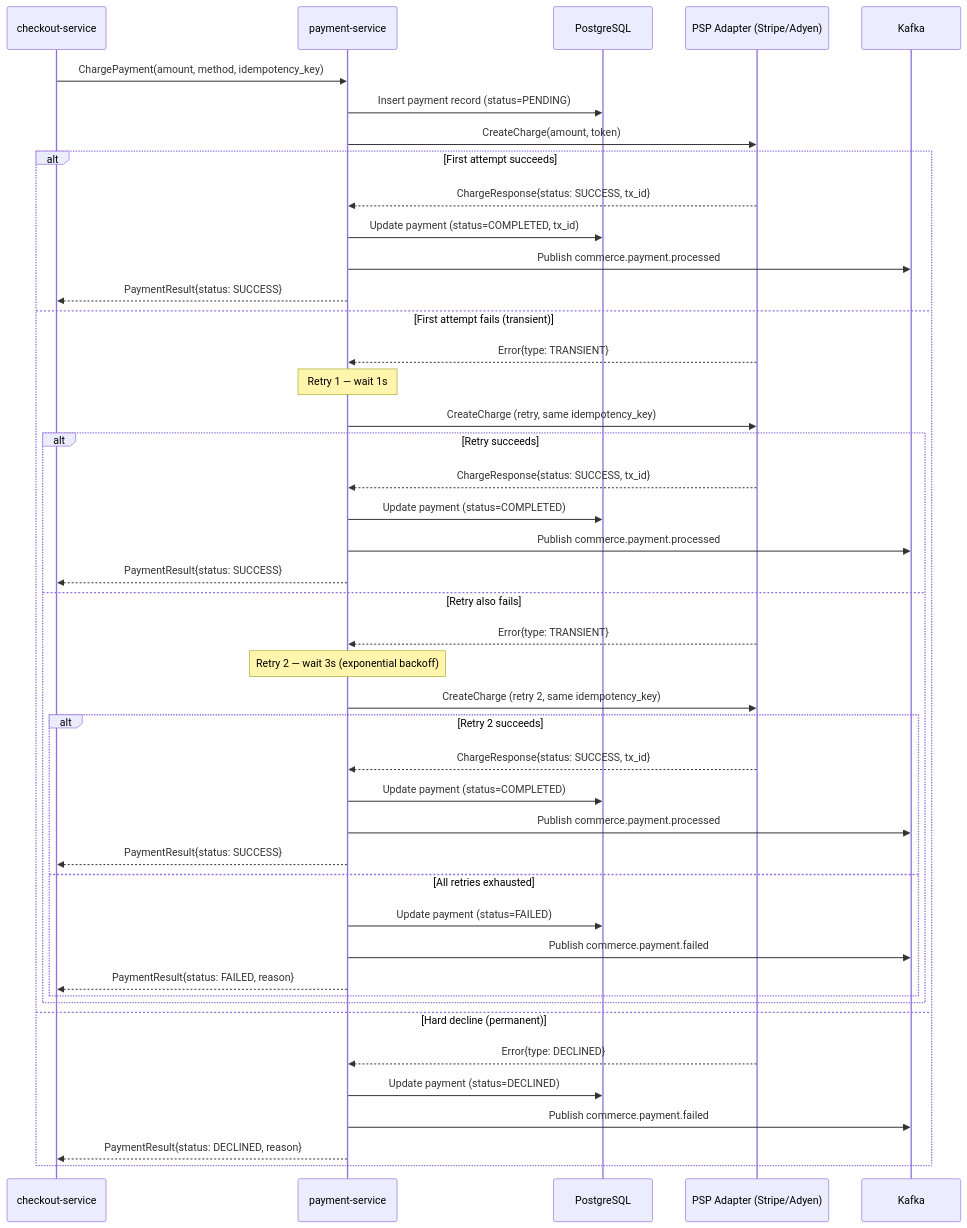
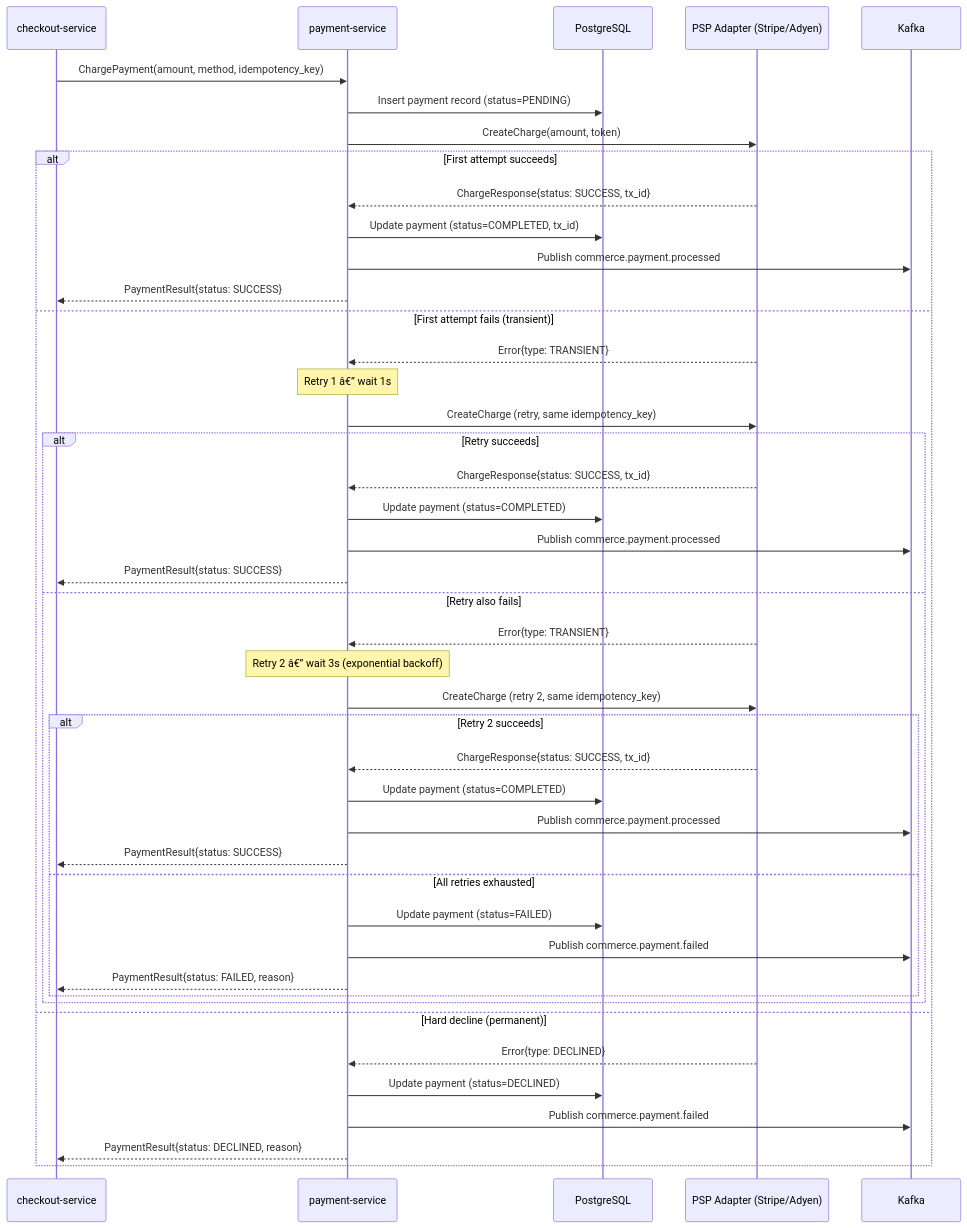
Before and after one commit to prabhat-roy/ShopOS: the diagram in src/commerce/payment-service/README.md, drawn with Mermaid. The commit also changed other lines of this file and 403 other files, not shown here.

````diff
--- a/src/commerce/payment-service/README.md
+++ b/src/commerce/payment-service/README.md
@@ -11,55 +11,55 @@
 ```mermaid
 sequenceDiagram
     participant CHK as checkout-service
     participant PAY as payment-service
     participant DB as PostgreSQL
     participant PSP as PSP Adapter (Stripe/Adyen)
     participant KAFKA as Kafka
 
     CHK->>PAY: ChargePayment(amount, method, idempotency_key)
     PAY->>DB: Insert payment record (status=PENDING)
 
     PAY->>PSP: CreateCharge(amount, token)
 
     alt First attempt succeeds
         PSP-->>PAY: ChargeResponse{status: SUCCESS, tx_id}
         PAY->>DB: Update payment (status=COMPLETED, tx_id)
         PAY->>KAFKA: Publish commerce.payment.processed
         PAY-->>CHK: PaymentResult{status: SUCCESS}
 
     else First attempt fails (transient)
         PSP-->>PAY: Error{type: TRANSIENT}
-        Note over PAY: Retry 1 — wait 1s
+        Note over PAY: Retry 1 â€” wait 1s
         PAY->>PSP: CreateCharge (retry, same idempotency_key)
 
         alt Retry succeeds
             PSP-->>PAY: ChargeResponse{status: SUCCESS, tx_id}
             PAY->>DB: Update payment (status=COMPLETED)
             PAY->>KAFKA: Publish commerce.payment.processed
             PAY-->>CHK: PaymentResult{status: SUCCESS}
 
         else Retry also fails
             PSP-->>PAY: Error{type: TRANSIENT}
-            Note over PAY: Retry 2 — wait 3s (exponential backoff)
+            Note over PAY: Retry 2 â€” wait 3s (exponential backoff)
             PAY->>PSP: CreateCharge (retry 2, same idempotency_key)
 
             alt Retry 2 succeeds
                 PSP-->>PAY: ChargeResponse{status: SUCCESS, tx_id}
                 PAY->>DB: Update payment (status=COMPLETED)
                 PAY->>KAFKA: Publish commerce.payment.processed
                 PAY-->>CHK: PaymentResult{status: SUCCESS}
 
             else All retries exhausted
                 PAY->>DB: Update payment (status=FAILED)
                 PAY->>KAFKA: Publish commerce.payment.failed
                 PAY-->>CHK: PaymentResult{status: FAILED, reason}
             end
         end
 
     else Hard decline (permanent)
         PSP-->>PAY: Error{type: DECLINED}
         PAY->>DB: Update payment (status=DECLINED)
         PAY->>KAFKA: Publish commerce.payment.failed
         PAY-->>CHK: PaymentResult{status: DECLINED, reason}
     end
 ```
````
